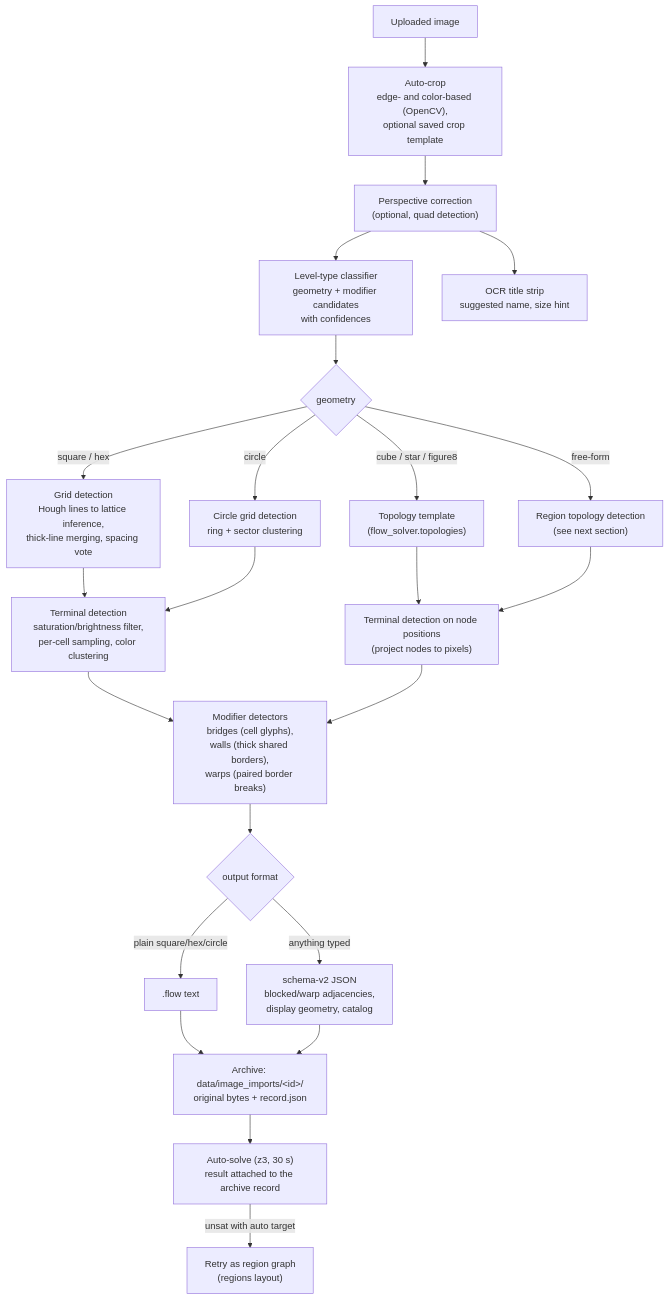
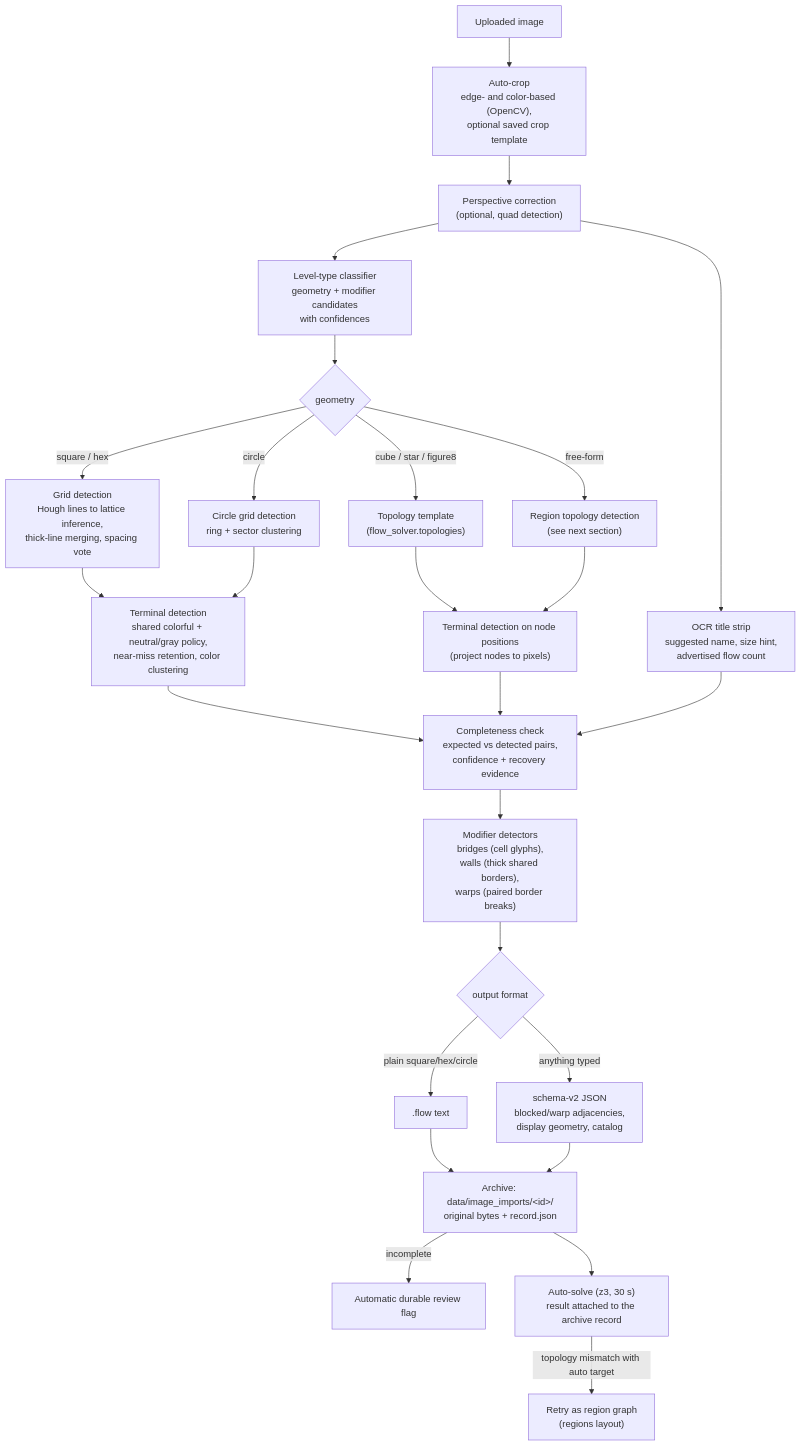
One commit to ksavill/universal-flow-game-solver changed the fifth of 8 diagrams in docs/ARCHITECTURE.md. Above: the diagram before and after it, drawn with Mermaid. The commit also changed other lines of this file and 57 other files, not shown here.

````diff
--- a/docs/ARCHITECTURE.md
+++ b/docs/ARCHITECTURE.md
@@ -166,28 +166,31 @@
 ```mermaid
 flowchart TB
     UP[Uploaded image] --> AC["Auto-crop<br/>edge- and color-based (OpenCV),<br/>optional saved crop template"]
     AC --> PSP["Perspective correction<br/>(optional, quad detection)"]
     PSP --> CLS["Level-type classifier<br/>geometry + modifier candidates<br/>with confidences"]
-    PSP --> OCR["OCR title strip<br/>suggested name, size hint"]
+    PSP --> OCR["OCR title strip<br/>suggested name, size hint,<br/>advertised flow count"]
     CLS --> BR{geometry}
 
     BR -->|square / hex| GRID["Grid detection<br/>Hough lines to lattice inference,<br/>thick-line merging, spacing vote"]
     BR -->|circle| CIRC["Circle grid detection<br/>ring + sector clustering"]
     BR -->|cube / star / figure8| TPL["Topology template<br/>(flow_solver.topologies)"]
     BR -->|free-form| REG["Region topology detection<br/>(see next section)"]
 
-    GRID --> TERM["Terminal detection<br/>saturation/brightness filter,<br/>per-cell sampling, color clustering"]
+    GRID --> TERM["Terminal detection<br/>shared colorful + neutral/gray policy,<br/>near-miss retention, color clustering"]
     CIRC --> TERM
     TPL --> NTERM["Terminal detection on node positions<br/>(project nodes to pixels)"]
     REG --> NTERM
 
-    TERM --> MODS["Modifier detectors<br/>bridges (cell glyphs),<br/>walls (thick shared borders),<br/>warps (paired border breaks)"]
-    NTERM --> MODS
+    TERM --> COMP["Completeness check<br/>expected vs detected pairs,<br/>confidence + recovery evidence"]
+    NTERM --> COMP
+    OCR --> COMP
+    COMP --> MODS["Modifier detectors<br/>bridges (cell glyphs),<br/>walls (thick shared borders),<br/>warps (paired border breaks)"]
     MODS --> EMIT{output format}
     EMIT -->|plain square/hex/circle| FLOWT[".flow text"]
     EMIT -->|anything typed| V2J["schema-v2 JSON<br/>blocked/warp adjacencies,<br/>display geometry, catalog"]
     FLOWT --> ARCH["Archive: data/image_imports/&lt;id&gt;/<br/>original bytes + record.json"]
     V2J --> ARCH
+    ARCH -->|incomplete| REVIEW["Automatic durable review flag"]
     ARCH --> SOLVE["Auto-solve (z3, 30 s)<br/>result attached to the archive record"]
-    SOLVE -->|unsat with auto target| RECOVER["Retry as region graph<br/>(regions layout)"]
+    SOLVE -->|topology mismatch with auto target| RECOVER["Retry as region graph<br/>(regions layout)"]
 ```
````
